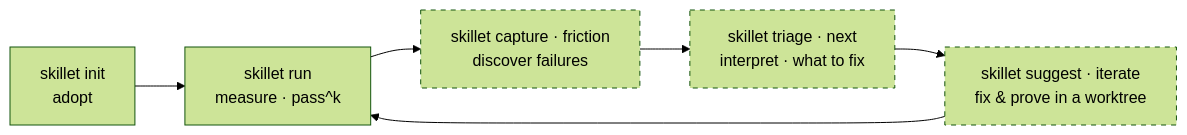
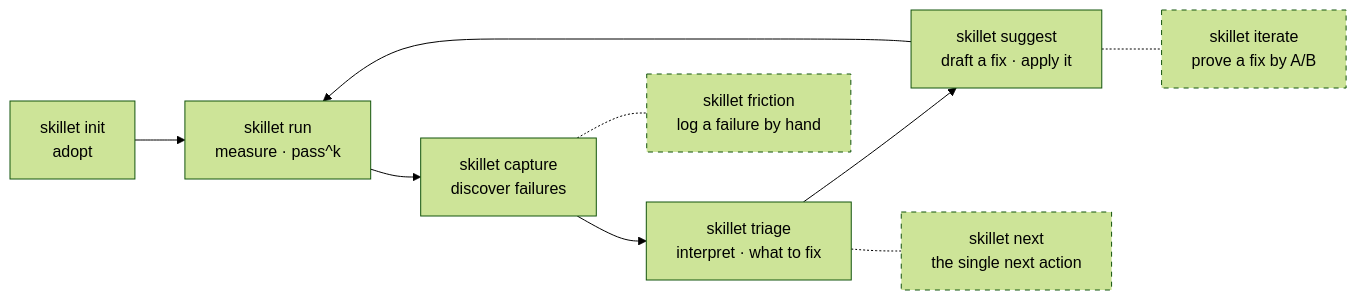
The diagram in README.md (21-DOT-DEV/skillet), drawn with Mermaid (forest theme) before and after one commit. The commit also changed other lines of this file and 57 other files, not shown here.

````diff
--- a/README.md
+++ b/README.md
@@ -27,13 +27,20 @@
 ```mermaid
 flowchart LR
     I["skillet init<br/>adopt"]
     R["skillet run<br/>measure · pass^k"]
-    D["skillet capture · friction<br/>discover failures"]
-    N["skillet triage · next<br/>interpret · what to fix"]
-    F["skillet suggest · iterate<br/>fix & prove in a worktree"]
+    D["skillet capture<br/>discover failures"]
+    N["skillet triage<br/>interpret · what to fix"]
+    F["skillet suggest<br/>draft a fix · apply it"]
 
     I --> R --> D --> N --> F --> R
 
+    Df["skillet friction<br/>log a failure by hand"]
+    Nf["skillet next<br/>the single next action"]
+    Ff["skillet iterate<br/>prove a fix by A/B"]
+    D -.- Df
+    N -.- Nf
+    F -.- Ff
+
     classDef planned stroke-dasharray:5 5
-    class D,N,F planned
+    class Df,Nf,Ff planned
 ```
````
